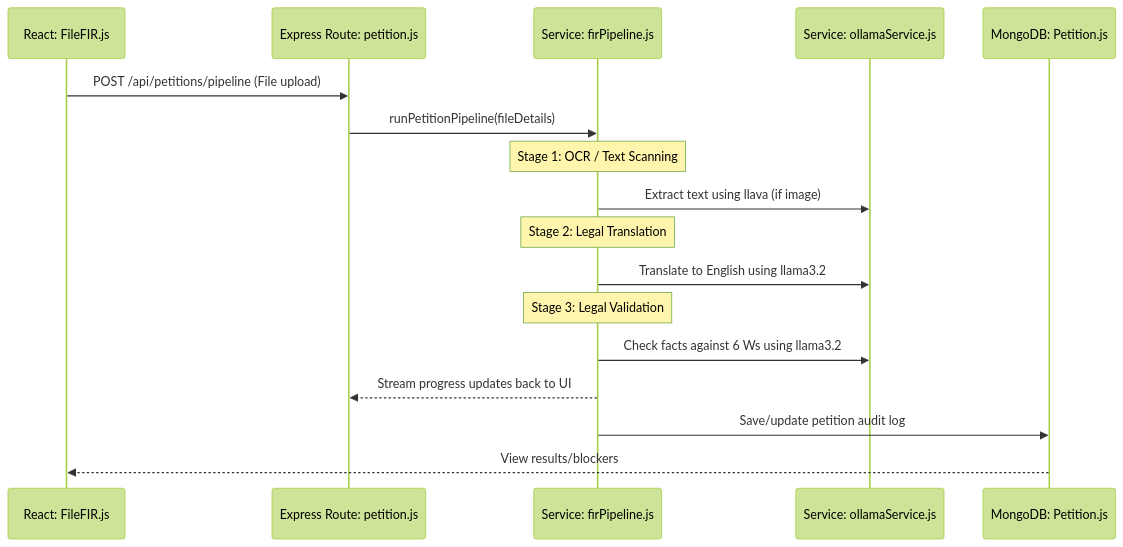
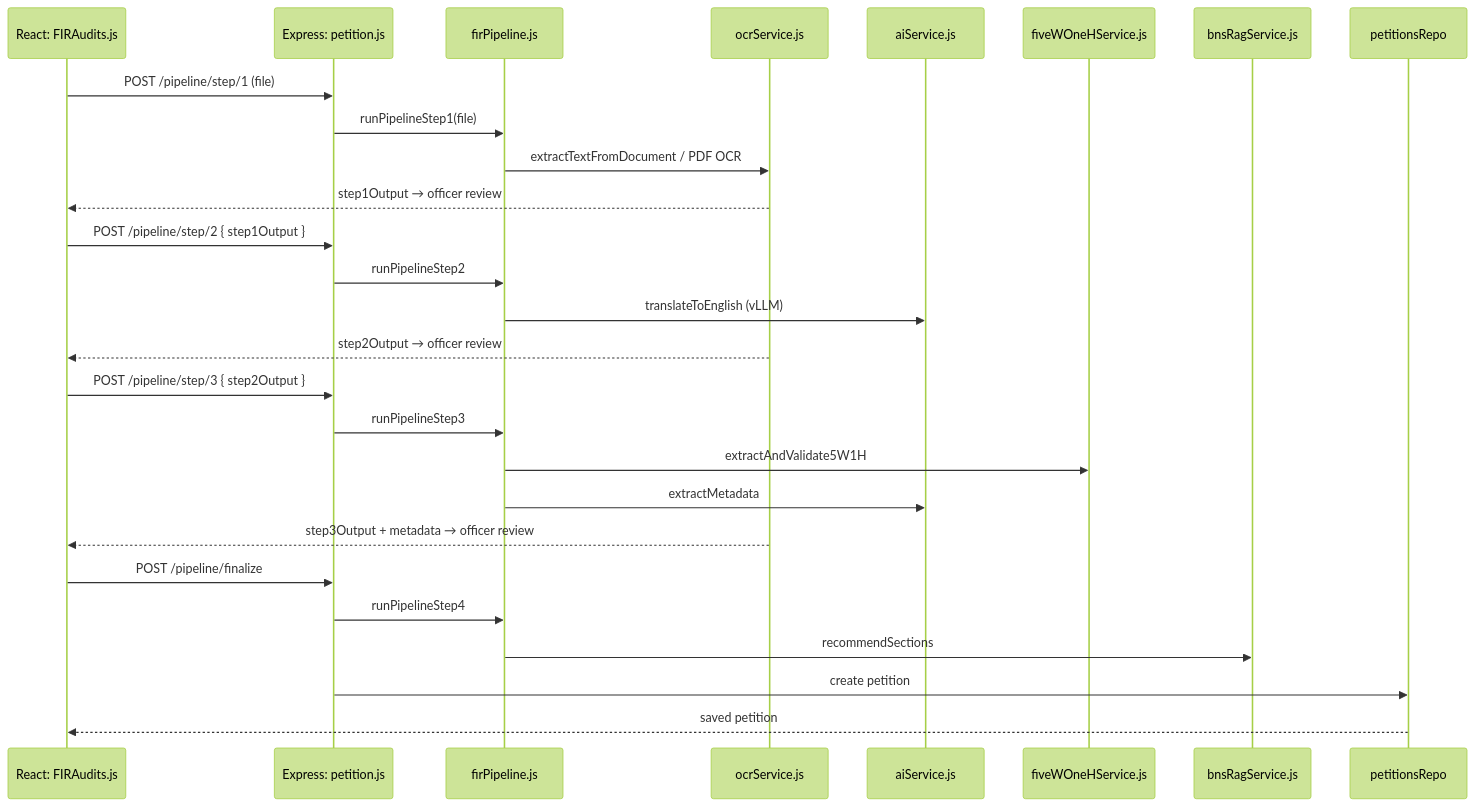
One commit to BCSS-Dinakar/FIR changed the diagram in doc/workflow.md. Above: the diagram before and after it, drawn with Mermaid (forest theme). The commit also changed other lines of this file and 53 other files, not shown here.

````diff
--- a/doc/workflow.md
+++ b/doc/workflow.md
@@ -10,20 +11,33 @@
 ```mermaid
 sequenceDiagram
-    participant UI as React: FileFIR.js
-    participant API as Express Route: petition.js
-    participant Pipe as Service: firPipeline.js
-    participant Ollama as Service: ollamaService.js
-    participant DB as MongoDB: Petition.js
+    participant UI as React: FIRAudits.js
+    participant API as Express: petition.js
+    participant Pipe as firPipeline.js
+    participant OCR as ocrService.js
+    participant AI as aiService.js
+    participant Five as fiveWOneHService.js
+    participant RAG as bnsRagService.js
+    participant DB as petitionsRepo
 
-    UI->>API: POST /api/petitions/pipeline (File upload)
-    API->>Pipe: runPetitionPipeline(fileDetails)
-    Note over Pipe: Stage 1: OCR / Text Scanning
-    Pipe->>Ollama: Extract text using llava (if image)
-    Note over Pipe: Stage 2: Legal Translation
-    Pipe->>Ollama: Translate to English using llama3.2
-    Note over Pipe: Stage 3: Legal Validation
-    Pipe->>Ollama: Check facts against 6 Ws using llama3.2
-    Pipe-->>API: Stream progress updates back to UI
-    Pipe->>DB: Save/update petition audit log
-    DB-->>UI: View results/blockers
+    UI->>API: POST /pipeline/step/1 (file)
+    API->>Pipe: runPipelineStep1(file)
+    Pipe->>OCR: extractTextFromDocument / PDF OCR
+    OCR-->>UI: step1Output → officer review
+
+    UI->>API: POST /pipeline/step/2 { step1Output }
+    API->>Pipe: runPipelineStep2
+    Pipe->>AI: translateToEnglish (vLLM)
+    OCR-->>UI: step2Output → officer review
+
+    UI->>API: POST /pipeline/step/3 { step2Output }
+    API->>Pipe: runPipelineStep3
+    Pipe->>Five: extractAndValidate5W1H
+    Pipe->>AI: extractMetadata
+    OCR-->>UI: step3Output + metadata → officer review
+
+    UI->>API: POST /pipeline/finalize
+    API->>Pipe: runPipelineStep4
+    Pipe->>RAG: recommendSections
+    API->>DB: create petition
+    DB-->>UI: saved petition
 ```
````
